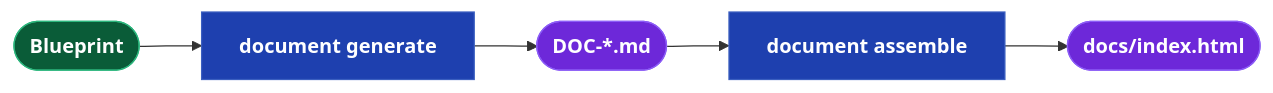
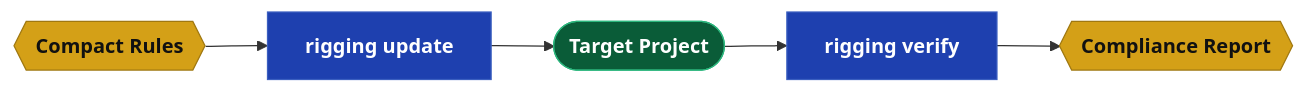
One commit to webcloudstudio/Drydock changed the ninth of 10 diagrams in docs/Drydock_Specification.md. Above: the diagram before and after it, drawn with Mermaid. The commit also changed other lines of this file and 2 other files, not shown here.

````diff
--- a/docs/Drydock_Specification.md
+++ b/docs/Drydock_Specification.md
@@ -1121,11 +1172,14 @@
 ```mermaid
 flowchart LR
   classDef dir    fill:#0a5c38,stroke:#2cb67d,color:#fff,font-weight:bold
+  classDef md     fill:#d4a017,stroke:#a07810,color:#111,font-weight:bold
   classDef script fill:#1e40af,stroke:#3b5fc0,color:#fff,font-weight:bold
+  classDef prompt fill:#c2410c,stroke:#ea580c,color:#fff,font-weight:bold
   classDef output fill:#6d28d9,stroke:#8b5cf6,color:#fff,font-weight:bold
+  classDef web    fill:#be123c,stroke:#fb7185,color:#fff,font-weight:bold
 
-  SPEC(["Blueprint"]):::dir --> GEN["document generate"]:::script
-  GEN --> DOCMD(["DOC-*.md"]):::output
-  DOCMD --> ASSEMBLE["document assemble"]:::script
-  ASSEMBLE --> HTML(["docs/index.html"]):::output
+  BRC{{"Compact Rules"}}:::md --> UPDATE["rigging update"]:::script
+  UPDATE --> TARGET(["Target Project"]):::dir
+  TARGET --> VERIFY["rigging verify"]:::script
+  VERIFY --> REPORT{{"Compliance Report"}}:::md
 ```
````
